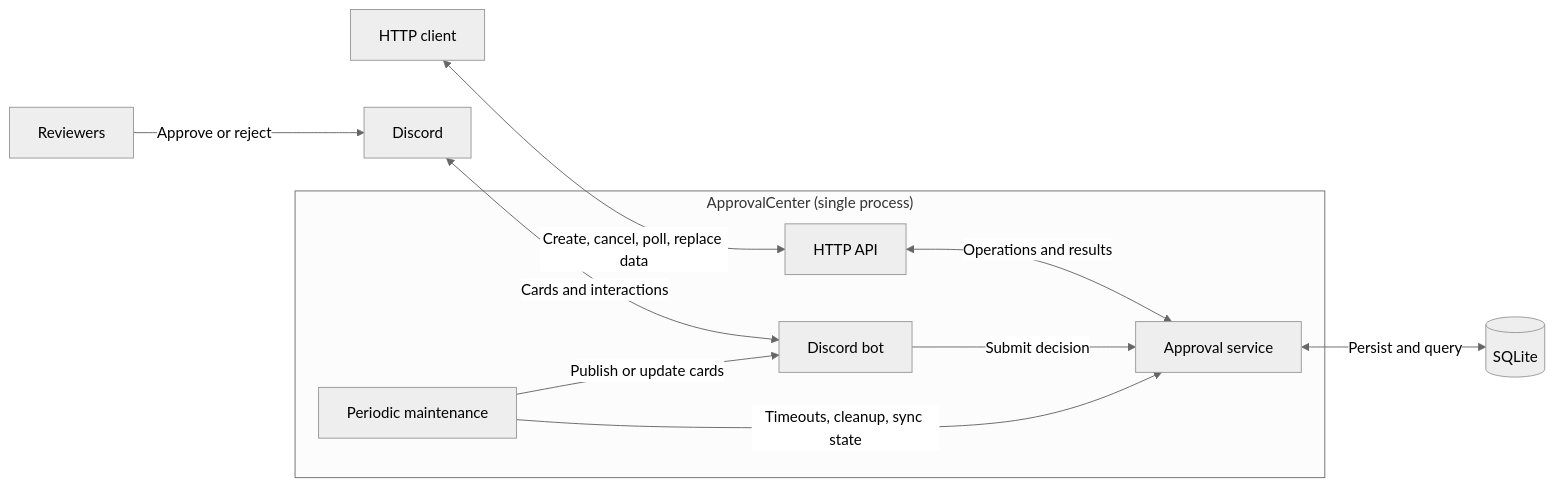
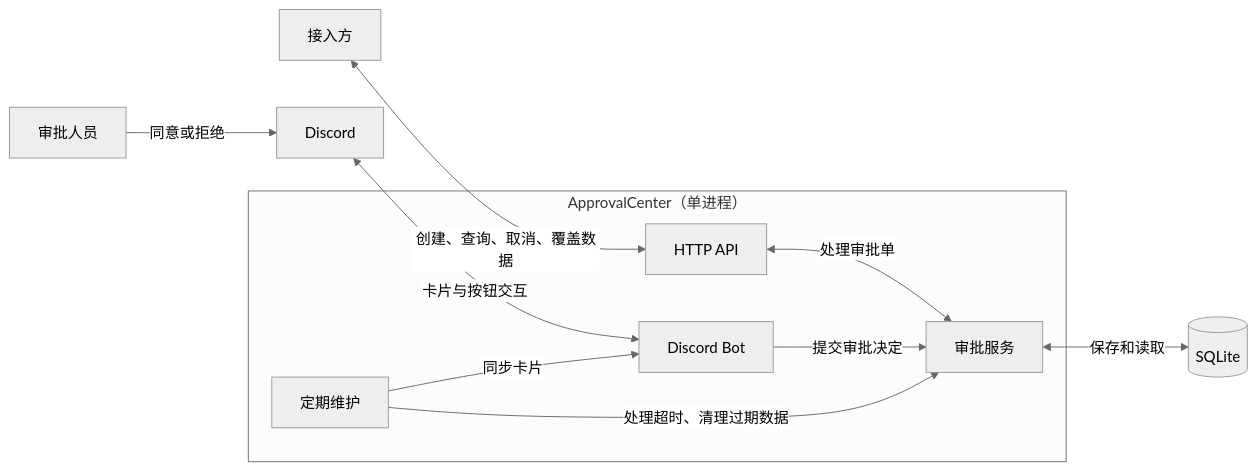
One commit to OSTC-Lab/ApprovalCenter changed the diagram in README.md. Above: the diagram before and after it, drawn with Mermaid (neutral theme). The commit also changed other lines of this file and 4 other files, not shown here.

````diff
--- a/README.md
+++ b/README.md
@@ -22,23 +20,23 @@
 ```mermaid
 flowchart LR
-    client["HTTP client"]
-    reviewers["Reviewers"]
+    client["接入方"]
+    reviewers["审批人员"]
     platform["Discord"]
     database[("SQLite")]
 
-    subgraph center["ApprovalCenter (single process)"]
+    subgraph center["ApprovalCenter（单进程）"]
         api["HTTP API"]
-        service["Approval service"]
-        bot["Discord bot"]
-        maintenance["Periodic maintenance"]
+        service["审批服务"]
+        bot["Discord Bot"]
+        maintenance["定期维护"]
     end
 
-    client <-->|Create, cancel, poll, replace data| api
-    api <-->|Operations and results| service
-    service <-->|Persist and query| database
-    reviewers -->|Approve or reject| platform
-    platform <-->|Cards and interactions| bot
-    bot -->|Submit decision| service
-    maintenance -->|Timeouts, cleanup, sync state| service
-    maintenance -->|Publish or update cards| bot
+    client <-->|创建、查询、取消、覆盖数据| api
+    api <-->|处理审批单| service
+    service <-->|保存和读取| database
+    reviewers -->|同意或拒绝| platform
+    platform <-->|卡片与按钮交互| bot
+    bot -->|提交审批决定| service
+    maintenance -->|处理超时、清理过期数据| service
+    maintenance -->|同步卡片| bot
 ```
````
